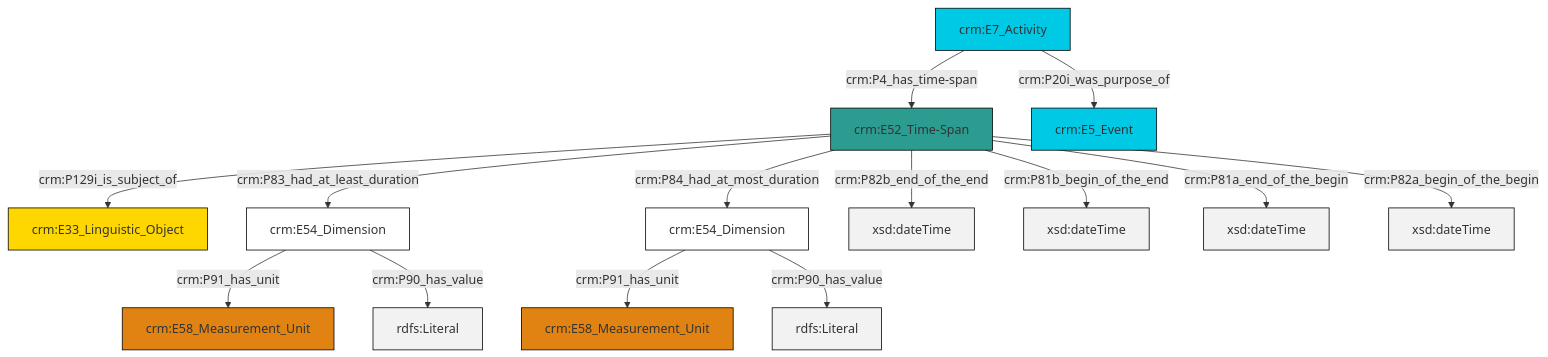
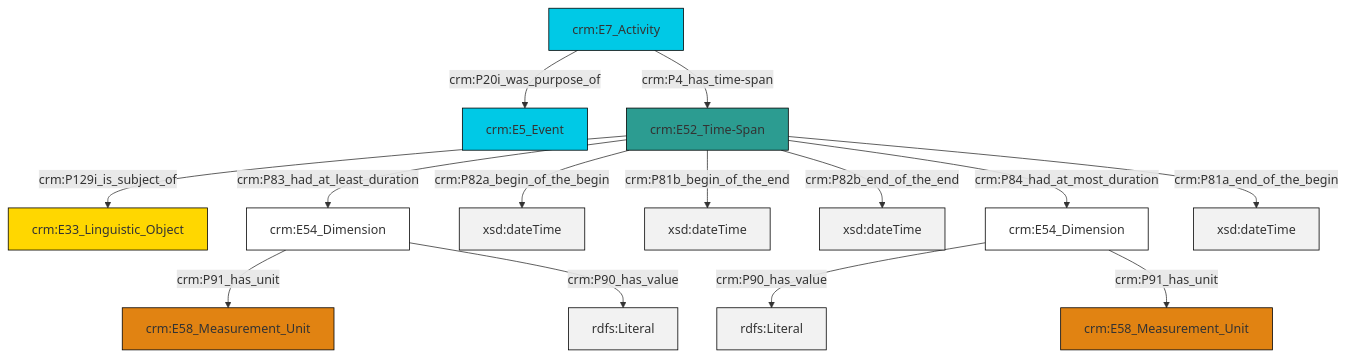
Before and after one commit to swiss-art-research-net/docs.swissartresearch: the diagram in et/eventCSV/ttl/mmd/event_existence.ttl.mmd, drawn with Mermaid. The commit also changed 127 other files, not shown here.

```diff
--- a/et/eventCSV/ttl/mmd/event_existence.ttl.mmd
+++ b/et/eventCSV/ttl/mmd/event_existence.ttl.mmd
@@ -1,28 +1,28 @@
 graph TD
 classDef Literal fill:#f2f2f2,stroke:#000000;
 classDef CRM_Entity fill:#FFFFFF,stroke:#000000;
 classDef Temporal_Entity fill:#00C9E6, stroke:#000000;
 classDef Type fill:#E18312, stroke:#000000;
 classDef Time-Span fill:#2C9C91, stroke:#000000;
 classDef Appellation fill:#FFEB7F, stroke:#000000;
 classDef Place fill:#008836, stroke:#000000;
 classDef Persistent_Item fill:#B266B2, stroke:#000000;
 classDef Conceptual_Object fill:#FFD700, stroke:#000000;
 classDef Physical_Thing fill:#D2B48C, stroke:#000000;
 classDef Actor fill:#f58aad, stroke:#000000;
 classDef PC_Classes fill:#4ce600, stroke:#000000;
 classDef Multi fill:#cccccc,stroke:#000000;
 
-0["crm:E52_Time-Span"]:::Time-Span -->|crm:P129i_is_subject_of| 1["crm:E33_Linguistic_Object"]:::Conceptual_Object
-2["crm:E7_Activity"]:::Temporal_Entity -->|crm:P4_has_time-span| 0["crm:E52_Time-Span"]:::Time-Span
-2["crm:E7_Activity"]:::Temporal_Entity -->|crm:P20i_was_purpose_of| 5["crm:E5_Event"]:::Temporal_Entity
-0["crm:E52_Time-Span"]:::Time-Span -->|crm:P83_had_at_least_duration| 6["crm:E54_Dimension"]:::CRM_Entity
-7["crm:E54_Dimension"]:::CRM_Entity -->|crm:P91_has_unit| 3["crm:E58_Measurement_Unit"]:::Type
-0["crm:E52_Time-Span"]:::Time-Span -->|crm:P82b_end_of_the_end| 8[xsd:dateTime]:::Literal
-0["crm:E52_Time-Span"]:::Time-Span -->|crm:P81b_begin_of_the_end| 10[xsd:dateTime]:::Literal
-0["crm:E52_Time-Span"]:::Time-Span -->|crm:P81a_end_of_the_begin| 11[xsd:dateTime]:::Literal
-7["crm:E54_Dimension"]:::CRM_Entity -->|crm:P90_has_value| 14[rdfs:Literal]:::Literal
-6["crm:E54_Dimension"]:::CRM_Entity -->|crm:P91_has_unit| 12["crm:E58_Measurement_Unit"]:::Type
-0["crm:E52_Time-Span"]:::Time-Span -->|crm:P84_had_at_most_duration| 7["crm:E54_Dimension"]:::CRM_Entity
-0["crm:E52_Time-Span"]:::Time-Span -->|crm:P82a_begin_of_the_begin| 20[xsd:dateTime]:::Literal
-6["crm:E54_Dimension"]:::CRM_Entity -->|crm:P90_has_value| 21[rdfs:Literal]:::Literal
+4["crm:E52_Time-Span"]:::Time-Span -->|crm:P82a_begin_of_the_begin| 8[xsd:dateTime]:::Literal
+6["crm:E54_Dimension"]:::CRM_Entity -->|crm:P91_has_unit| 9["crm:E58_Measurement_Unit"]:::Type
+4["crm:E52_Time-Span"]:::Time-Span -->|crm:P81b_begin_of_the_end| 10[xsd:dateTime]:::Literal
+6["crm:E54_Dimension"]:::CRM_Entity -->|crm:P90_has_value| 11[rdfs:Literal]:::Literal
+4["crm:E52_Time-Span"]:::Time-Span -->|crm:P82b_end_of_the_end| 12[xsd:dateTime]:::Literal
+4["crm:E52_Time-Span"]:::Time-Span -->|crm:P129i_is_subject_of| 2["crm:E33_Linguistic_Object"]:::Conceptual_Object
+4["crm:E52_Time-Span"]:::Time-Span -->|crm:P83_had_at_least_duration| 6["crm:E54_Dimension"]:::CRM_Entity
+4["crm:E52_Time-Span"]:::Time-Span -->|crm:P84_had_at_most_duration| 13["crm:E54_Dimension"]:::CRM_Entity
+4["crm:E52_Time-Span"]:::Time-Span -->|crm:P81a_end_of_the_begin| 18[xsd:dateTime]:::Literal
+13["crm:E54_Dimension"]:::CRM_Entity -->|crm:P90_has_value| 19[rdfs:Literal]:::Literal
+13["crm:E54_Dimension"]:::CRM_Entity -->|crm:P91_has_unit| 14["crm:E58_Measurement_Unit"]:::Type
+16["crm:E7_Activity"]:::Temporal_Entity -->|crm:P4_has_time-span| 4["crm:E52_Time-Span"]:::Time-Span
+16["crm:E7_Activity"]:::Temporal_Entity -->|crm:P20i_was_purpose_of| 0["crm:E5_Event"]:::Temporal_Entity
```
